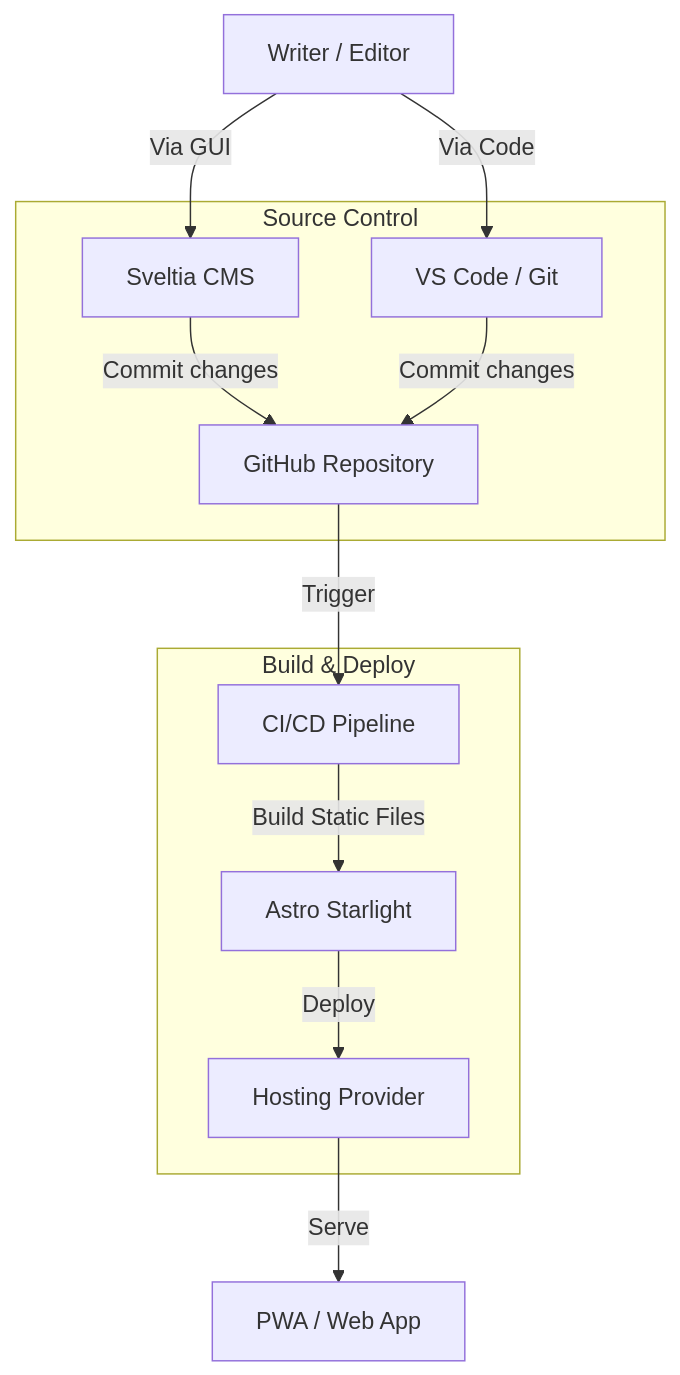
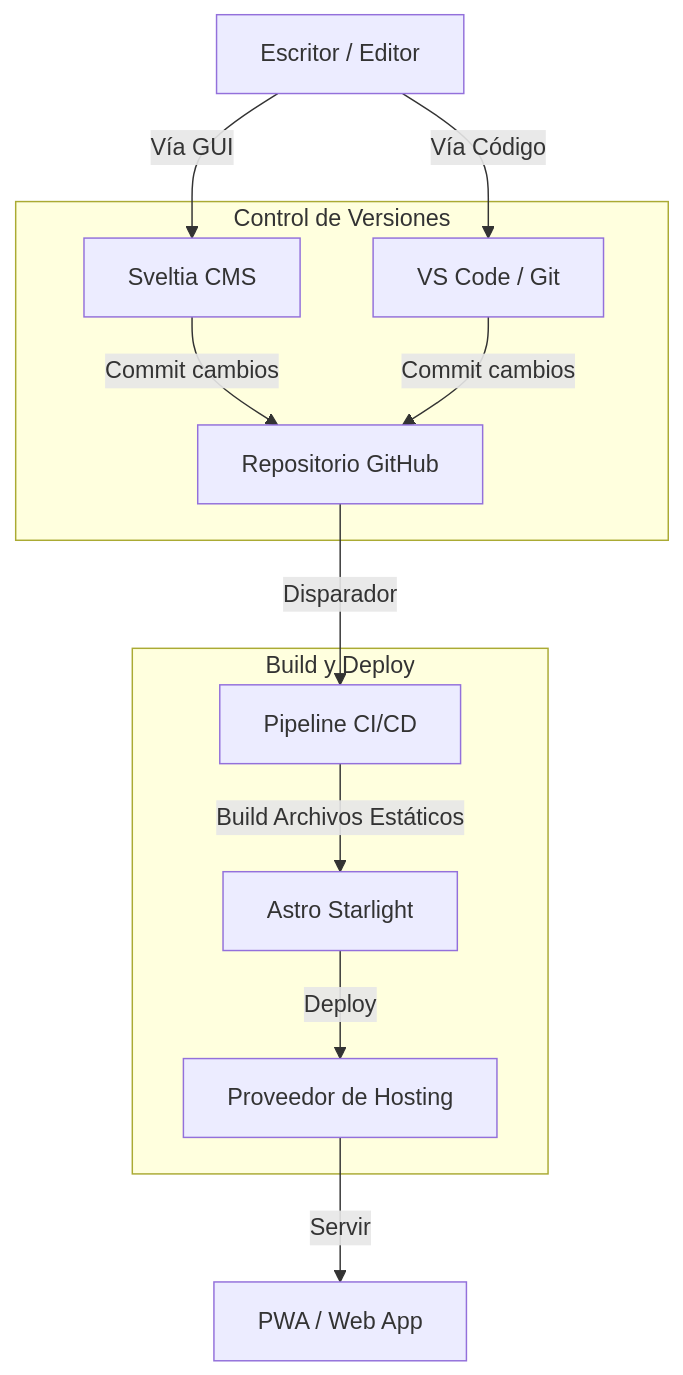
The diagram in README.md (herwingx/docs-starlight), drawn with Mermaid before and after one commit. The commit also changed other lines of this file, not shown here.

````diff
--- a/README.md
+++ b/README.md
@@ -67,18 +67,18 @@
 ```mermaid
 graph TD
-    A[Writer / Editor] -->|Via GUI| B[Sveltia CMS]
-    A -->|Via Code| C[VS Code / Git]
+    A[Escritor / Editor] -->|Vía GUI| B[Sveltia CMS]
+    A -->|Vía Código| C[VS Code / Git]
     
-    subgraph Source Control
-    B -->|Commit changes| D[GitHub Repository]
-    C -->|Commit changes| D
+    subgraph Control de Versiones
+    B -->|Commit cambios| D[Repositorio GitHub]
+    C -->|Commit cambios| D
     end
     
-    subgraph Build & Deploy
-    D -->|Trigger| E[CI/CD Pipeline]
-    E -->|Build Static Files| F[Astro Starlight]
-    F -->|Deploy| G[Hosting Provider]
+    subgraph Build y Deploy
+    D -->|Disparador| E[Pipeline CI/CD]
+    E -->|Build Archivos Estáticos| F[Astro Starlight]
+    F -->|Deploy| G[Proveedor de Hosting]
     end
     
-    G -->|Serve| H[PWA / Web App]
+    G -->|Servir| H[PWA / Web App]
 ```
````
